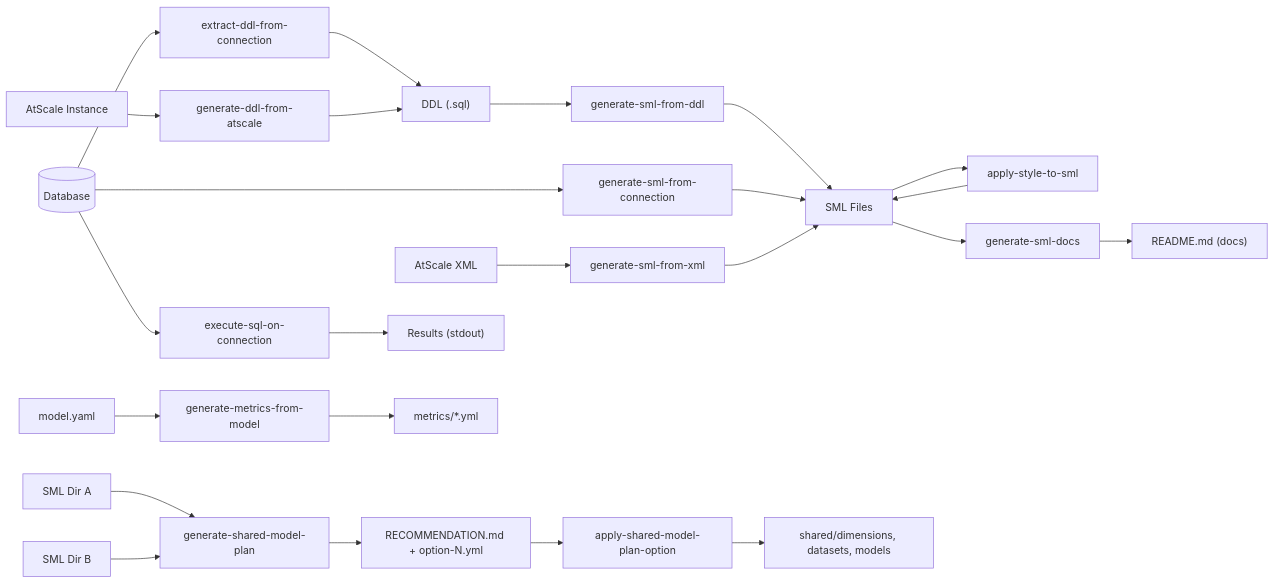
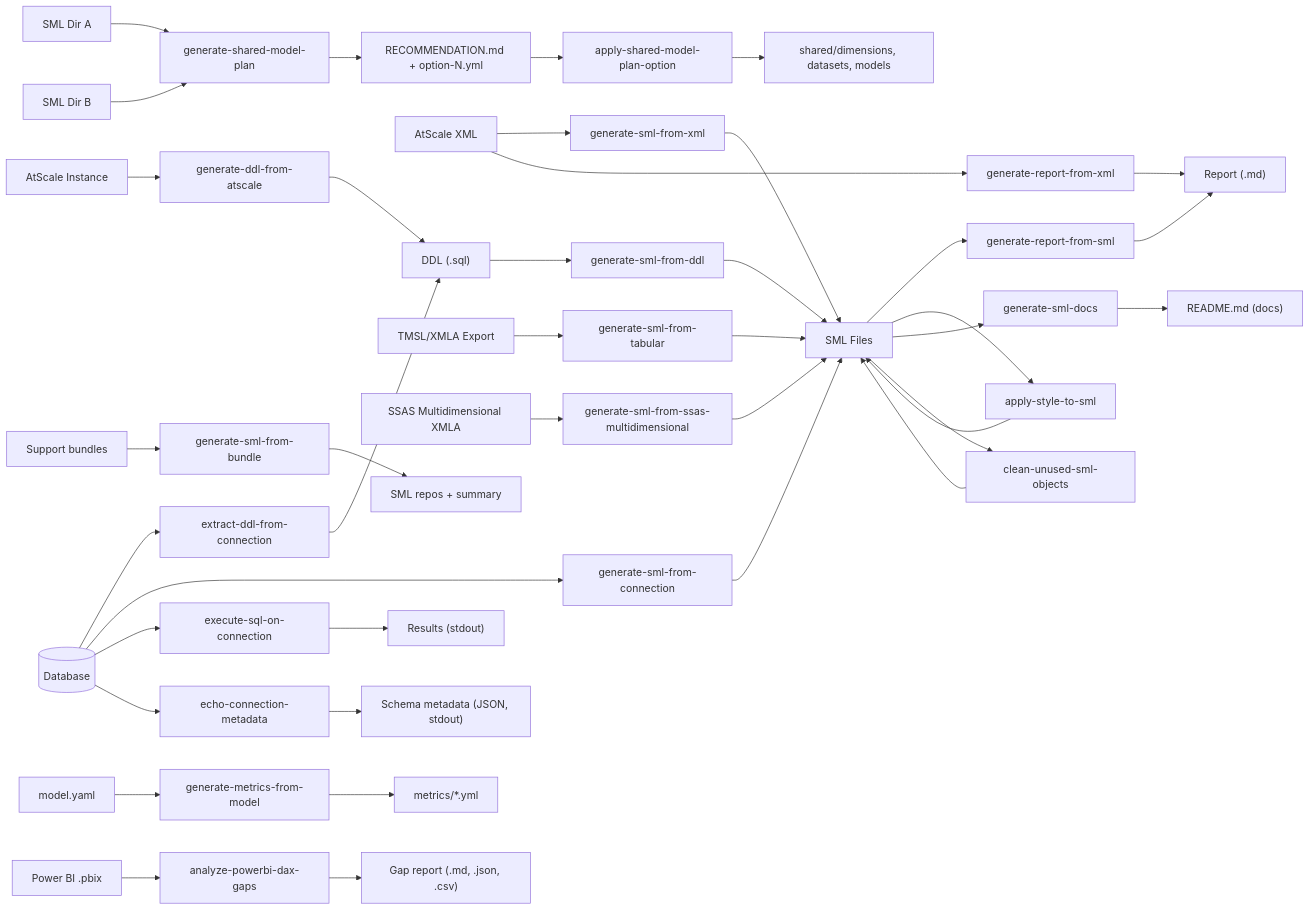
Before and after one commit to AtScaleInc/ps-utils: the second of 9 diagrams in README.md, drawn with Mermaid. The commit also changed other lines of this file and 152 other files, not shown here.

````diff
--- a/README.md
+++ b/README.md
@@ -35,15 +34,23 @@
 ```mermaid
 flowchart LR
     DB[("Database")] --> A["extract-ddl-from-connection"] --> DDL["DDL (.sql)"]
     ATS["AtScale Instance"] --> B["generate-ddl-from-atscale"] --> DDL
     DDL --> C["generate-sml-from-ddl"] --> SML["SML Files"]
     DB --> D["generate-sml-from-connection"] --> SML
     XML["AtScale XML"] --> G["generate-sml-from-xml"] --> SML
+    BUNDLE["Support bundles"] --> GB["generate-sml-from-bundle"] --> SMLB["SML repos + summary"]
+    TMSL["TMSL/XMLA Export"] --> N["generate-sml-from-tabular"] --> SML
+    SSASMD["SSAS Multidimensional XMLA"] --> O["generate-sml-from-ssas-multidimensional"] --> SML
+    XML --> L["generate-report-from-xml"] --> RPT["Report (.md)"]
+    SML --> M["generate-report-from-sml"] --> RPT
     SML2A["SML Dir A"] --> H["generate-shared-model-plan"] --> PLAN["RECOMMENDATION.md + option-N.yml"]
     SML2B["SML Dir B"] --> H
     PLAN --> I["apply-shared-model-plan-option"] --> SHARED["shared/dimensions, datasets, models"]
     DB --> E["execute-sql-on-connection"] --> OUT["Results (stdout)"]
     MODEL["model.yaml"] --> F["generate-metrics-from-model"] --> METRICS["metrics/*.yml"]
     SML --> J["apply-style-to-sml"] --> SML
     SML --> K["generate-sml-docs"] --> DOCS["README.md (docs)"]
+    SML --> CL["clean-unused-sml-objects"] --> SML
+    PBIX["Power BI .pbix"] --> P["analyze-powerbi-dax-gaps"] --> GAP["Gap report (.md, .json, .csv)"]
+    DB --> Q["echo-connection-metadata"] --> META["Schema metadata (JSON, stdout)"]
 ```
````
